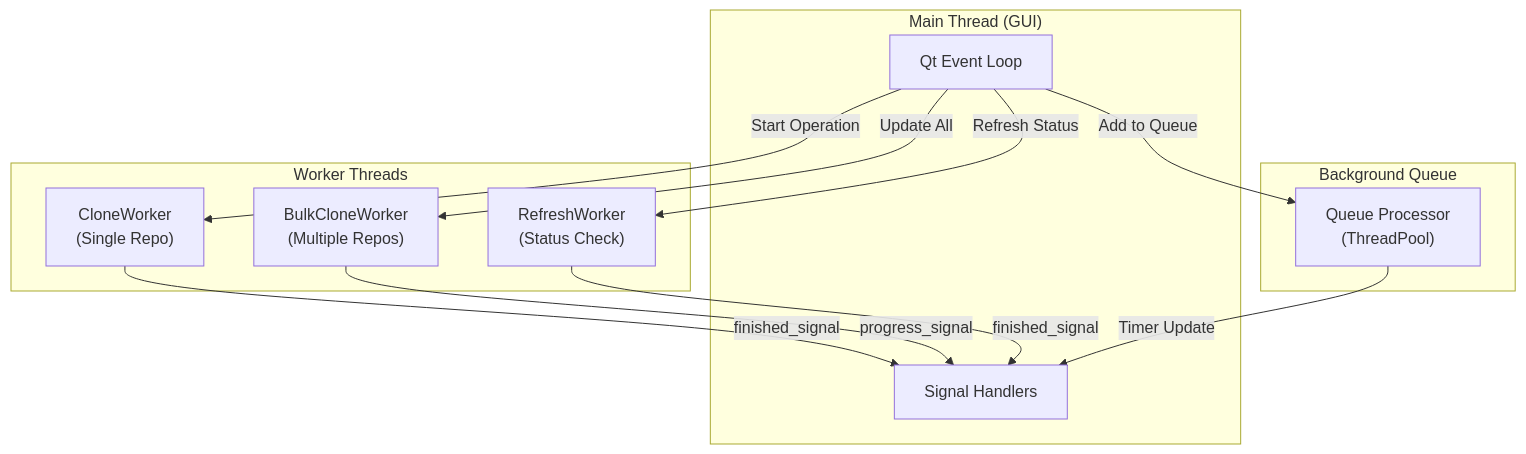
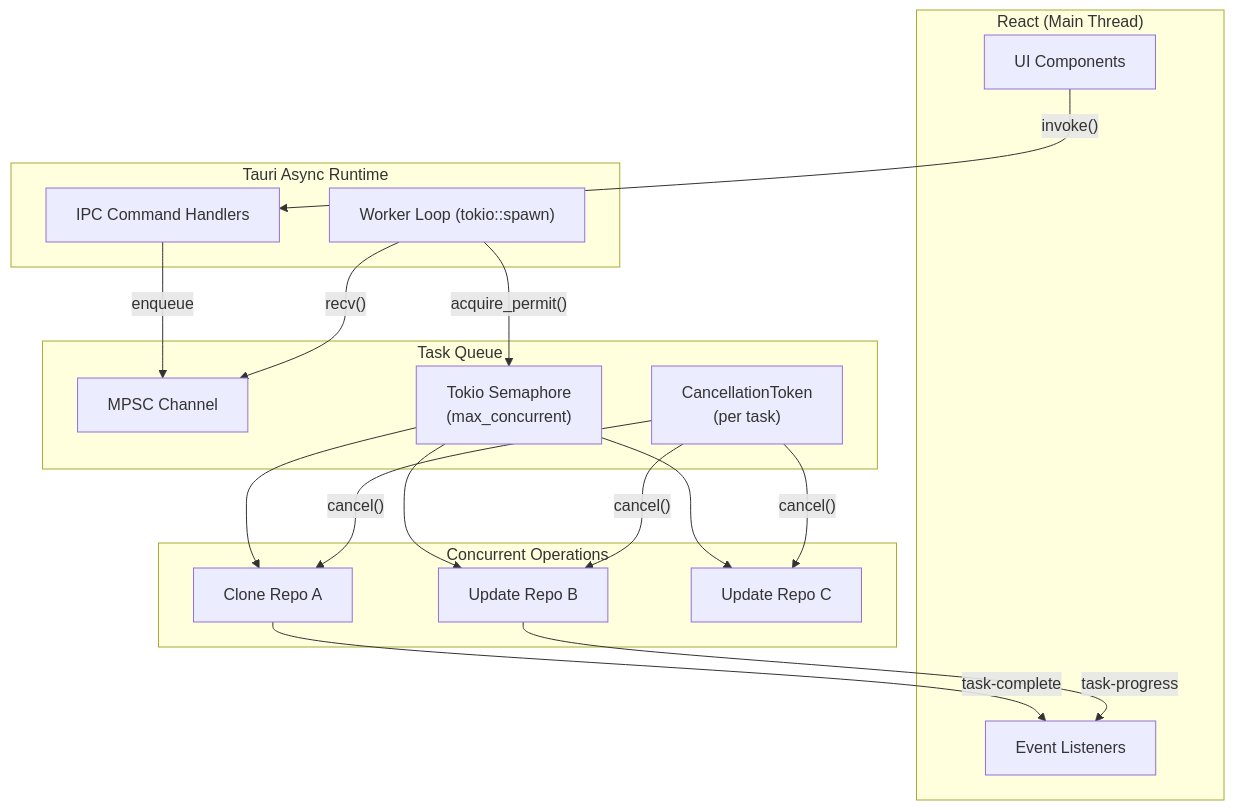
One commit to Technical-1/Git-Archiver changed the third of 3 diagrams in .portfolio/architecture.md. Above: the diagram before and after it, drawn with Mermaid. The commit also changed other lines of this file and 3 other files, not shown here.

First line of the commit message:
docs: update all documentation for v2.0.0 Rust/Tauri rewrite

````diff
--- a/.portfolio/architecture.md
+++ b/.portfolio/architecture.md
@@ -152,27 +171,37 @@
 ```mermaid
 flowchart TB
-    subgraph MainThread["Main Thread (GUI)"]
-        UI["Qt Event Loop"]
-        Signals["Signal Handlers"]
+    subgraph Frontend["React (Main Thread)"]
+        UI["UI Components"]
+        Events["Event Listeners"]
     end
 
-    subgraph WorkerPool["Worker Threads"]
-        CloneWorker["CloneWorker<br/>(Single Repo)"]
-        BulkWorker["BulkCloneWorker<br/>(Multiple Repos)"]
-        RefreshWorker["RefreshWorker<br/>(Status Check)"]
+    subgraph TauriRuntime["Tauri Async Runtime"]
+        Commands["IPC Command Handlers"]
+        WorkerTask["Worker Loop (tokio::spawn)"]
     end
 
-    subgraph BackgroundQueue["Background Queue"]
-        QueueProcessor["Queue Processor<br/>(ThreadPool)"]
+    subgraph TaskQueue["Task Queue"]
+        MPSC["MPSC Channel"]
+        Semaphore["Tokio Semaphore<br/>(max_concurrent)"]
+        Cancel["CancellationToken<br/>(per task)"]
     end
 
-    UI --> |"Start Operation"| CloneWorker
-    UI --> |"Update All"| BulkWorker
-    UI --> |"Refresh Status"| RefreshWorker
-    UI --> |"Add to Queue"| QueueProcessor
+    subgraph Operations["Concurrent Operations"]
+        Op1["Clone Repo A"]
+        Op2["Update Repo B"]
+        Op3["Update Repo C"]
+    end
 
-    CloneWorker --> |"finished_signal"| Signals
-    BulkWorker --> |"progress_signal"| Signals
-    RefreshWorker --> |"finished_signal"| Signals
-    QueueProcessor --> |"Timer Update"| Signals
+    UI --> |"invoke()"| Commands
+    Commands --> |"enqueue"| MPSC
+    WorkerTask --> |"recv()"| MPSC
+    WorkerTask --> |"acquire_permit()"| Semaphore
+    Semaphore --> Op1
+    Semaphore --> Op2
+    Semaphore --> Op3
+    Op1 --> |"task-complete"| Events
+    Op2 --> |"task-progress"| Events
+    Cancel --> |"cancel()"| Op1
+    Cancel --> |"cancel()"| Op2
+    Cancel --> |"cancel()"| Op3
 ```
````
